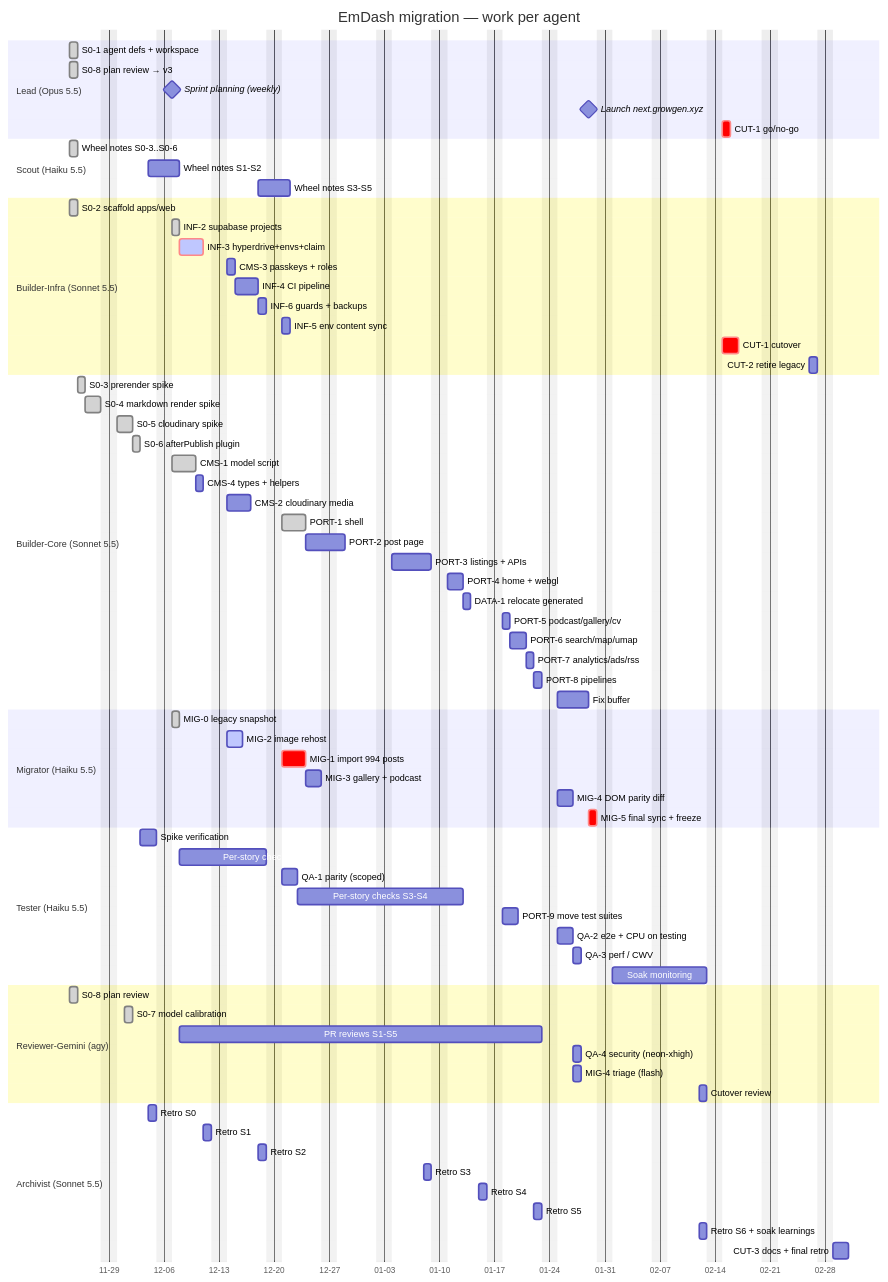
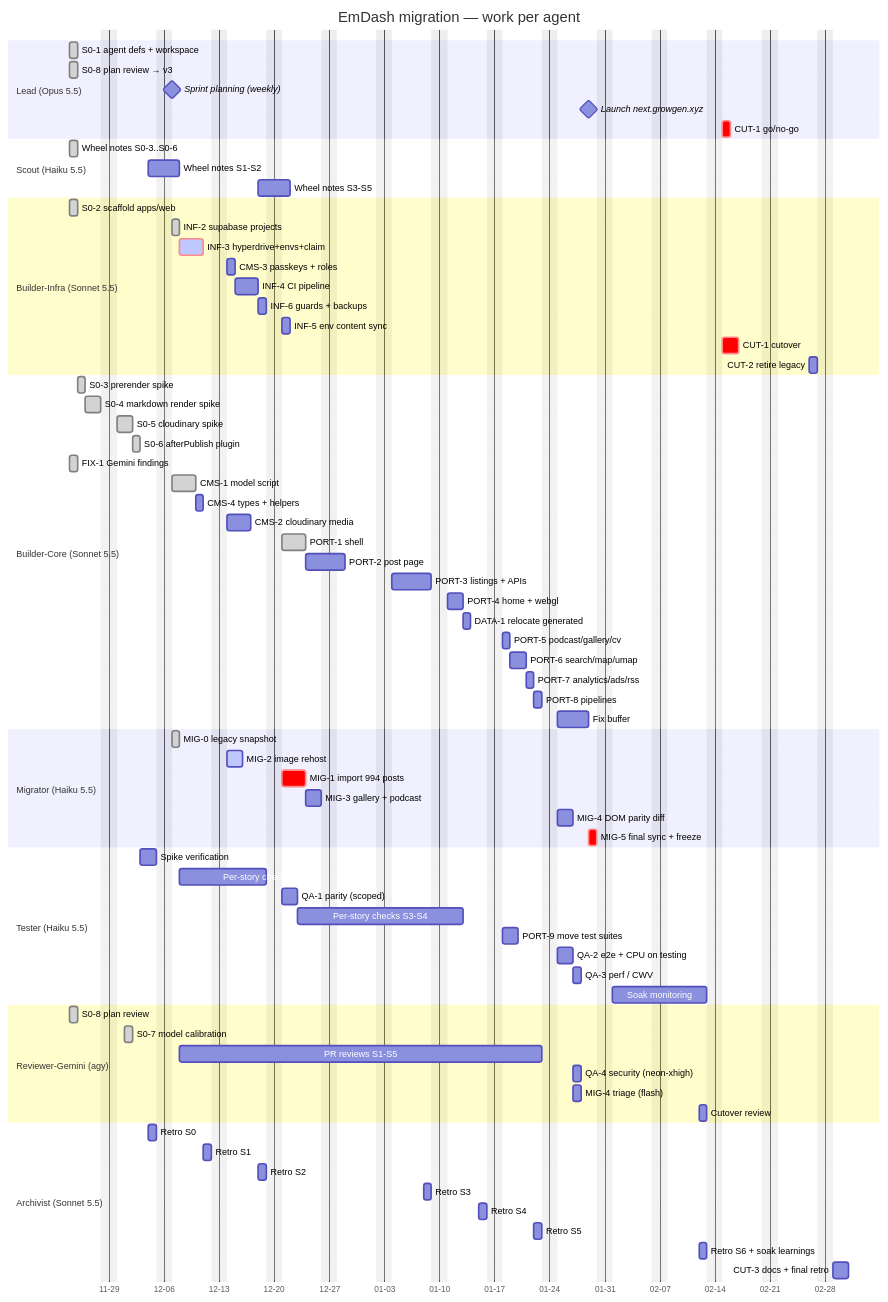
One commit to gongbaodd/blog.gongbushang.com changed the second of 2 diagrams in docs/plan/emdash-migration-plan.md. Above: the diagram before and after it, drawn with Mermaid. The commit also changed other lines of this file and 1 other file, not shown here.

Commit message:
docs(emdash): FIX-1 done; knowledge

```diff
--- a/docs/plan/emdash-migration-plan.md
+++ b/docs/plan/emdash-migration-plan.md
@@ -301,6 +302,7 @@
   S0-4 markdown render spike  :done, bc2, after bc1, 2d
   S0-5 cloudinary spike       :done, bc3, after bc2, 2d
   S0-6 afterPublish plugin    :done, bc4, after bc3, 1d
+  FIX-1 Gemini findings       :done, bc4b, 2026-11-24, 1d
   CMS-1 model script          :done, bc5, 2026-12-07, 3d
   CMS-4 types + helpers       :bc6, after bc5, 1d
   CMS-2 cloudinary media      :bc7, 2026-12-14, 3d
```
